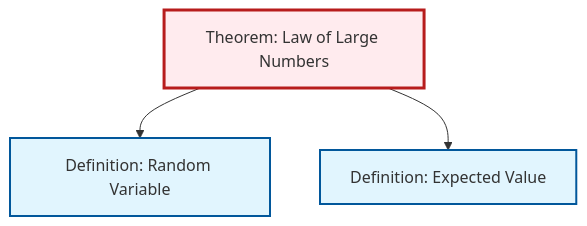
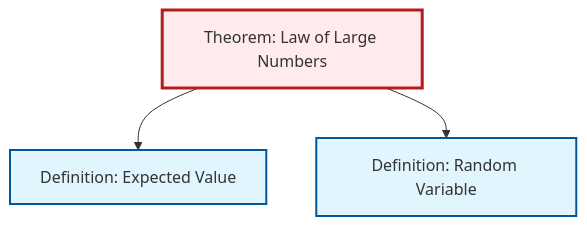
One commit to RK0429/ModernMath changed the second of 2 diagrams in content/en/probability-statistics/thm-law-of-large-numbers.qmd. Above: the diagram before and after it, drawn with Mermaid. The commit also changed other lines of this file and 434 other files, not shown here.

````diff
--- a/content/en/probability-statistics/thm-law-of-large-numbers.qmd
+++ b/content/en/probability-statistics/thm-law-of-large-numbers.qmd
@@ -81,17 +81,17 @@
 ```{mermaid}
 %%| fig-cap: "Local dependency graph"
 graph TD
     classDef definition fill:#e1f5fe,stroke:#01579b,stroke-width:2px
     classDef theorem fill:#f3e5f5,stroke:#4a148c,stroke-width:2px
     classDef axiom fill:#fff3e0,stroke:#e65100,stroke-width:2px
     classDef example fill:#e8f5e9,stroke:#1b5e20,stroke-width:2px
     classDef current fill:#ffebee,stroke:#b71c1c,stroke-width:3px
+    def-random-variable["Definition: Random Variable"]:::definition
+    thm-law-of-large-numbers["Theorem: Law of Large Numbers"]:::theorem
     def-expectation["Definition: Expected Value"]:::definition
-    thm-law-of-large-numbers["Theorem: Law of Large Numbers"]:::theorem
-    def-random-variable["Definition: Random Variable"]:::definition
+    thm-law-of-large-numbers --> def-expectation
     thm-law-of-large-numbers --> def-random-variable
-    thm-law-of-large-numbers --> def-expectation
     class thm-law-of-large-numbers current
+    click def-random-variable "def-random-variable.html" "Go to Random Variable definition"
     click def-expectation "def-expectation.html" "Go to Expected Value definition"
-    click def-random-variable "def-random-variable.html" "Go to Random Variable definition"
 ```
````
